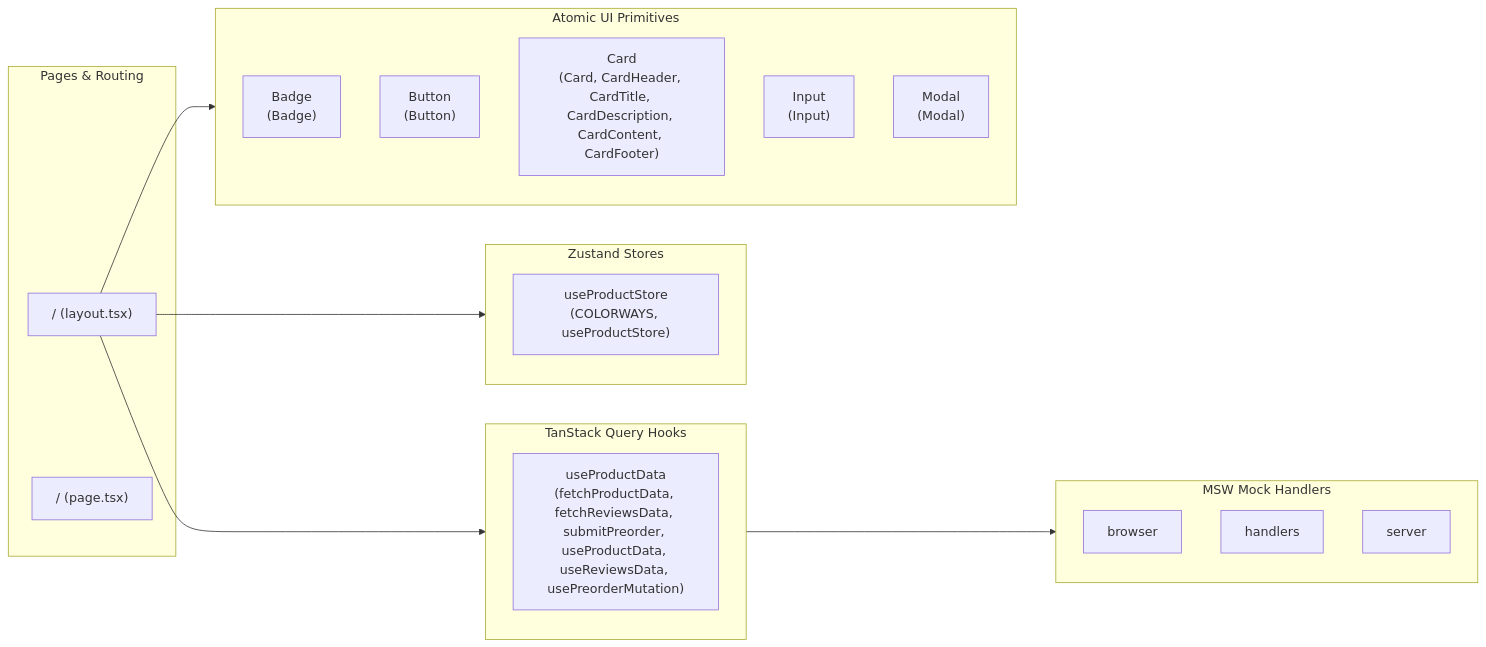
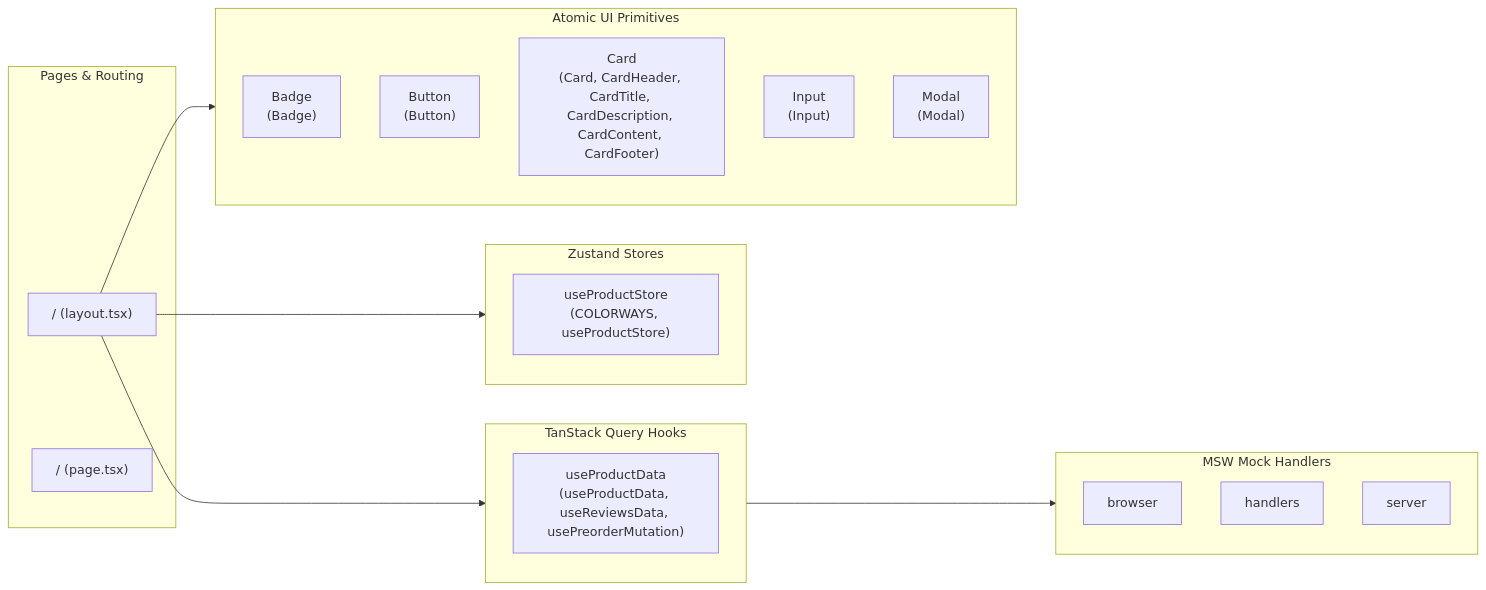
The third of 3 diagrams in ARCHITECTURE.md (calin-m/RoH-Sound), drawn with Mermaid before and after one commit. The commit also changed other lines of this file and 27 other files, not shown here.

````diff
--- a/ARCHITECTURE.md
+++ b/ARCHITECTURE.md
@@ -88,41 +88,41 @@
 ```mermaid
 flowchart LR
     subgraph Routes ["Pages & Routing"]
         Route_0["/ (layout.tsx)"]
         Route_1["/ (page.tsx)"]
     end
 
     subgraph Queries ["TanStack Query Hooks"]
         Query_0["useProductData
-(fetchProductData, fetchReviewsData, submitPreorder, useProductData, useReviewsData, usePreorderMutation)"]
+(useProductData, useReviewsData, usePreorderMutation)"]
     end
 
     subgraph Stores ["Zustand Stores"]
         Store_0["useProductStore
 (COLORWAYS, useProductStore)"]
     end
 
     subgraph UIComponents ["Atomic UI Primitives"]
         UI_0["Badge
 (Badge)"]
         UI_1["Button
 (Button)"]
         UI_2["Card
 (Card, CardHeader, CardTitle, CardDescription, CardContent, CardFooter)"]
         UI_3["Input
 (Input)"]
         UI_4["Modal
 (Modal)"]
     end
 
     subgraph Mocks ["MSW Mock Handlers"]
         Mock_0["browser"]
         Mock_1["handlers"]
         Mock_2["server"]
     end
 
     Route_0 --> UIComponents
     Route_0 --> Stores
     Route_0 --> Queries
     Queries --> Mocks
 ```
````
